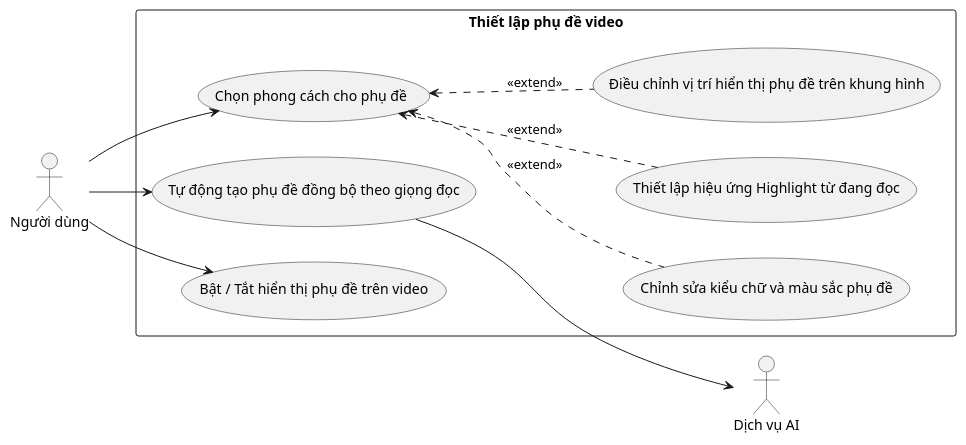
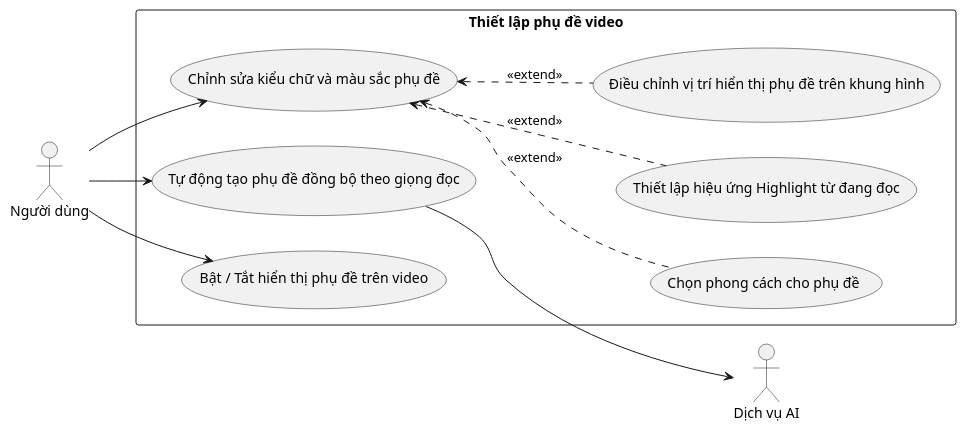
Before and after one commit to 202416852-anhpv/story2video-docs: the diagram in docs/bieu-do-uc/bieu-do-uc-chi-tiet/make/dung-va-xuat-video/thiet-lap-phu-de-video.puml, drawn with PlantUML. The commit also changed 2 other files, not shown here.

```diff
--- a/docs/bieu-do-uc/bieu-do-uc-chi-tiet/make/dung-va-xuat-video/thiet-lap-phu-de-video.puml
+++ b/docs/bieu-do-uc/bieu-do-uc-chi-tiet/make/dung-va-xuat-video/thiet-lap-phu-de-video.puml
@@ -1,26 +1,26 @@
 @startuml thiet-lap-phu-de-video
 left to right direction
 
 actor "Người dùng" as User
 actor "Dịch vụ AI" as AI_Service
 
 rectangle "Thiết lập phụ đề video" {
     usecase "Tự động tạo phụ đề đồng bộ theo giọng đọc" as UC_01
     usecase "Bật / Tắt hiển thị phụ đề trên video" as UC_02
-    usecase "Chọn phong cách cho phụ đề" as UC_03
-    usecase "Chỉnh sửa kiểu chữ và màu sắc phụ đề" as UC_04
+    usecase "Chỉnh sửa kiểu chữ và màu sắc phụ đề" as UC_03
+    usecase "Chọn phong cách cho phụ đề" as UC_04
     usecase "Thiết lập hiệu ứng Highlight từ đang đọc" as UC_05
     usecase "Điều chỉnh vị trí hiển thị phụ đề trên khung hình" as UC_06
 }
 
 User --> UC_01
 User --> UC_02
 User --> UC_03
 
 UC_01 --> AI_Service
 
 UC_03 <.. UC_04 : <<extend>>
 UC_03 <.. UC_05 : <<extend>>
 UC_03 <.. UC_06 : <<extend>>
 
 @enduml
```
